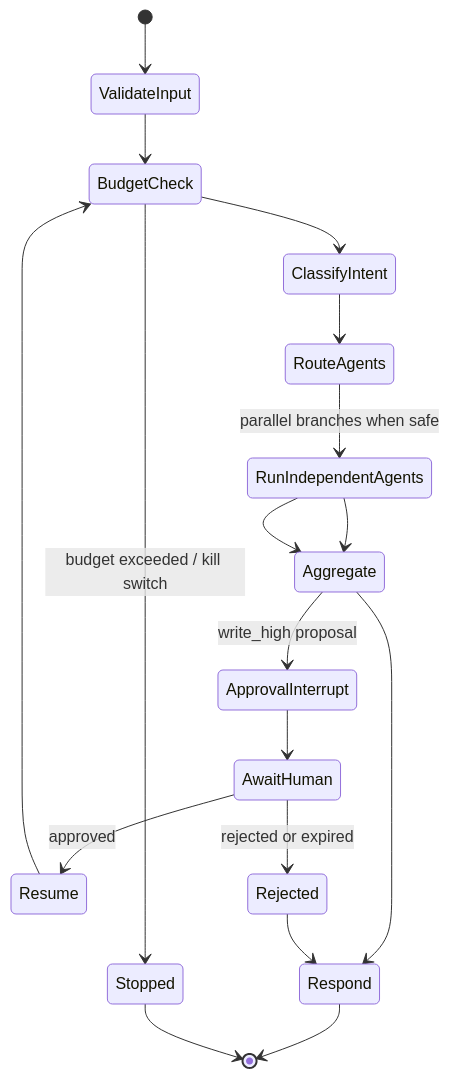
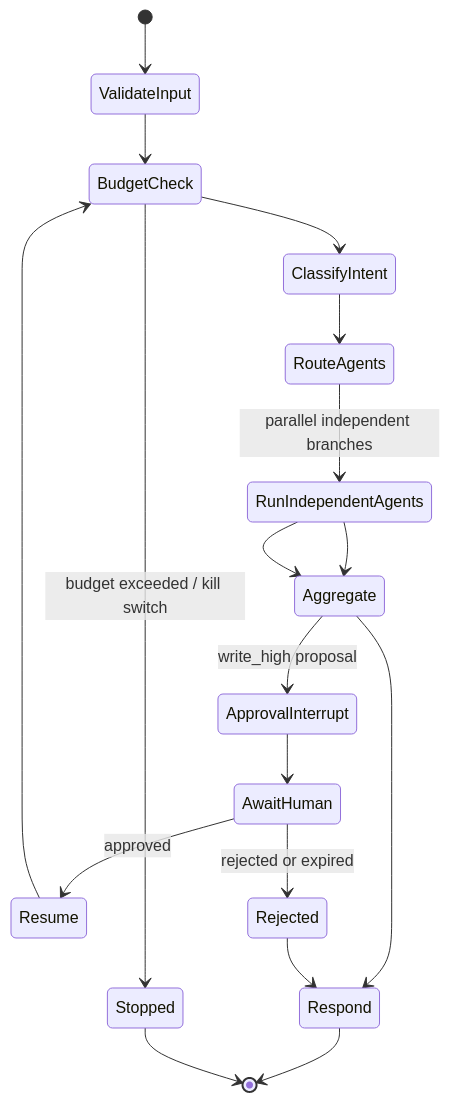
The diagram in docs/architecture/04-supervisor-graph.md (emmanuelmassawe/Multi-agent-e-commerce-platform), drawn with Mermaid before and after one commit. The commit also changed other lines of this file and 24 other files, not shown here.

First line of the commit message:
feat(agents): implement phase 2 supervisor graph and postgres checkpointing

````diff
--- a/docs/architecture/04-supervisor-graph.md
+++ b/docs/architecture/04-supervisor-graph.md
@@ -3,20 +3,20 @@
 ```mermaid
 stateDiagram-v2
   [*] --> ValidateInput
   ValidateInput --> BudgetCheck
   BudgetCheck --> ClassifyIntent
   BudgetCheck --> Stopped: budget exceeded / kill switch
   ClassifyIntent --> RouteAgents
-  RouteAgents --> RunIndependentAgents: parallel branches when safe
+  RouteAgents --> RunIndependentAgents: parallel independent branches
   RunIndependentAgents --> Aggregate
   Aggregate --> ApprovalInterrupt: write_high proposal
   ApprovalInterrupt --> AwaitHuman
   AwaitHuman --> Resume: approved
   AwaitHuman --> Rejected: rejected or expired
   Resume --> BudgetCheck
   RunIndependentAgents --> Aggregate
   Aggregate --> Respond
   Rejected --> Respond
   Respond --> [*]
   Stopped --> [*]
 ```
````
